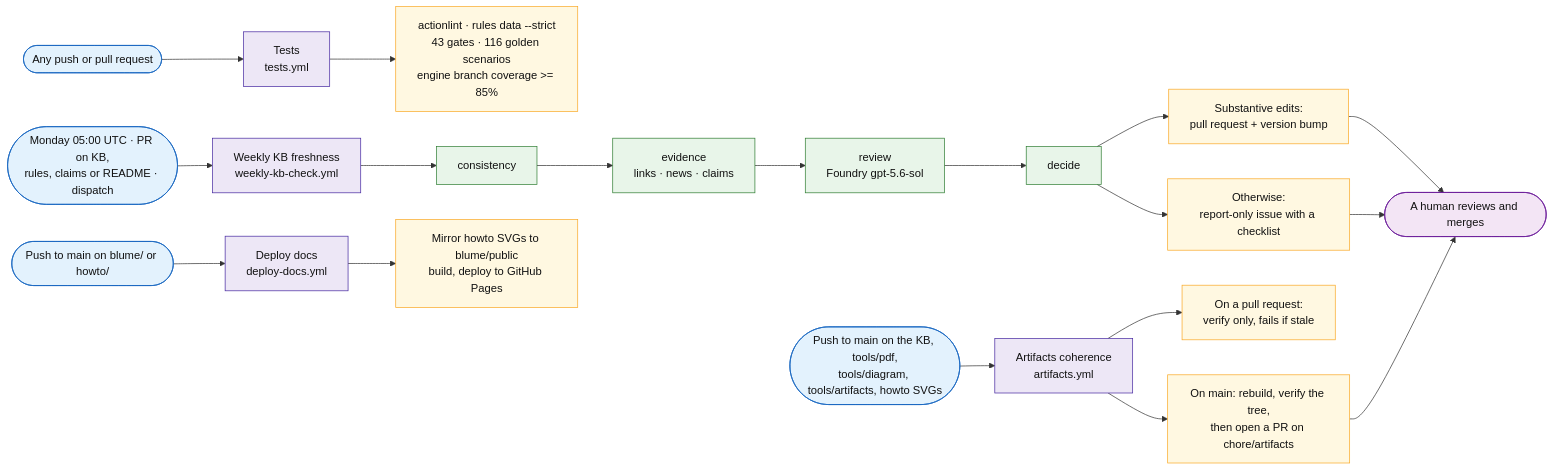
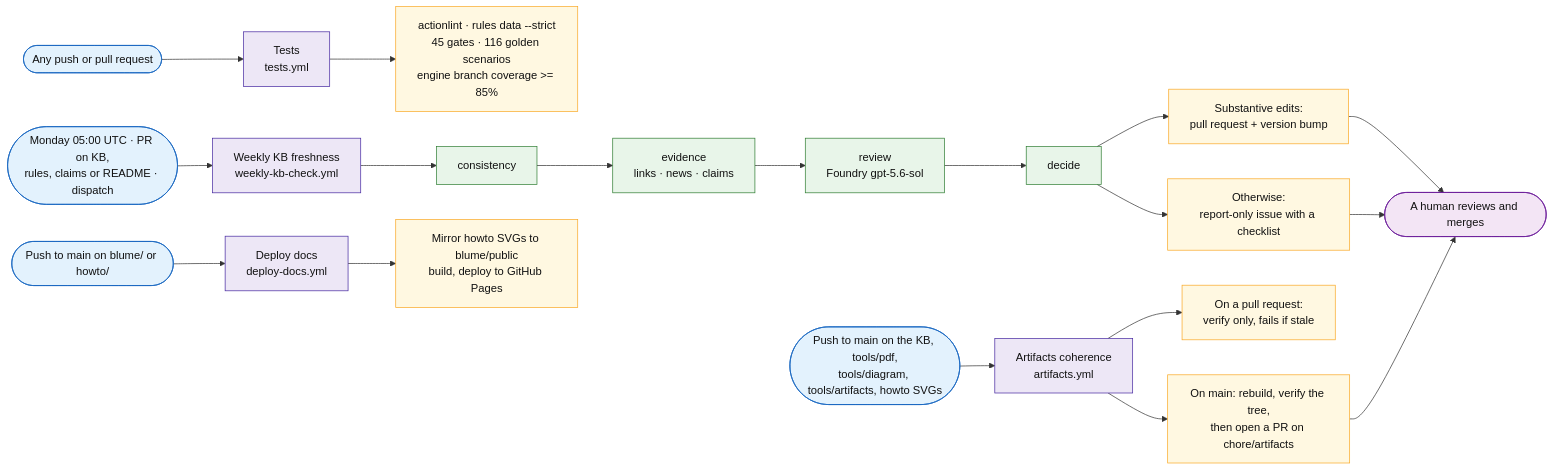
Before and after one commit to fredgis/sql-migration-advisor: the sixth of 6 diagrams in docs/sql-migration-advisor-developer-pitch.md, drawn with Mermaid. The commit also changed 25 other files, not shown here.

````diff
--- a/docs/sql-migration-advisor-developer-pitch.md
+++ b/docs/sql-migration-advisor-developer-pitch.md
@@ -991,33 +991,33 @@
 ```mermaid
 flowchart LR
     G1([Any push or pull request]) --> W1[Tests<br/>tests.yml]
     G2([Monday 05:00 UTC · PR on KB,<br/>rules, claims or README · dispatch]) --> W2[Weekly KB freshness<br/>weekly-kb-check.yml]
     G3([Push to main on the KB, tools/pdf,<br/>tools/diagram, tools/artifacts, howto SVGs]) --> W3[Artifacts coherence<br/>artifacts.yml]
     G4([Push to main on blume/ or howto/]) --> W4[Deploy docs<br/>deploy-docs.yml]
 
-    W1 --> O1[actionlint · rules data --strict<br/>43 gates · 116 golden scenarios<br/>engine branch coverage >= 85%]
+    W1 --> O1[actionlint · rules data --strict<br/>45 gates · 116 golden scenarios<br/>engine branch coverage >= 85%]
 
     W2 --> C1[consistency] --> C2[evidence<br/>links · news · claims] --> C3[review<br/>Foundry gpt-5.6-sol] --> C4[decide]
     C4 --> O2a[Substantive edits:<br/>pull request + version bump]
     C4 --> O2b[Otherwise:<br/>report-only issue with a checklist]
 
     W3 --> O3a[On a pull request:<br/>verify only, fails if stale]
     W3 --> O3b[On main: rebuild, verify the tree,<br/>then open a PR on chore/artifacts]
 
     W4 --> O4[Mirror howto SVGs to blume/public<br/>build, deploy to GitHub Pages]
 
     O2a --> H([A human reviews and merges])
     O2b --> H
     O3b --> H
 
     classDef trig fill:#e3f2fd,stroke:#1565c0,color:#111
     classDef flow fill:#ede7f6,stroke:#4527a0,color:#111
     classDef step fill:#e8f5e9,stroke:#2e7d32,color:#111
     classDef out fill:#fff8e1,stroke:#f9a825,color:#111
     classDef human fill:#f3e5f5,stroke:#6a1b9a,color:#111
     class G1,G2,G3,G4 trig
     class W1,W2,W3,W4 flow
     class C1,C2,C3,C4 step
     class O1,O2a,O2b,O3a,O3b,O4 out
     class H human
 ```
````
